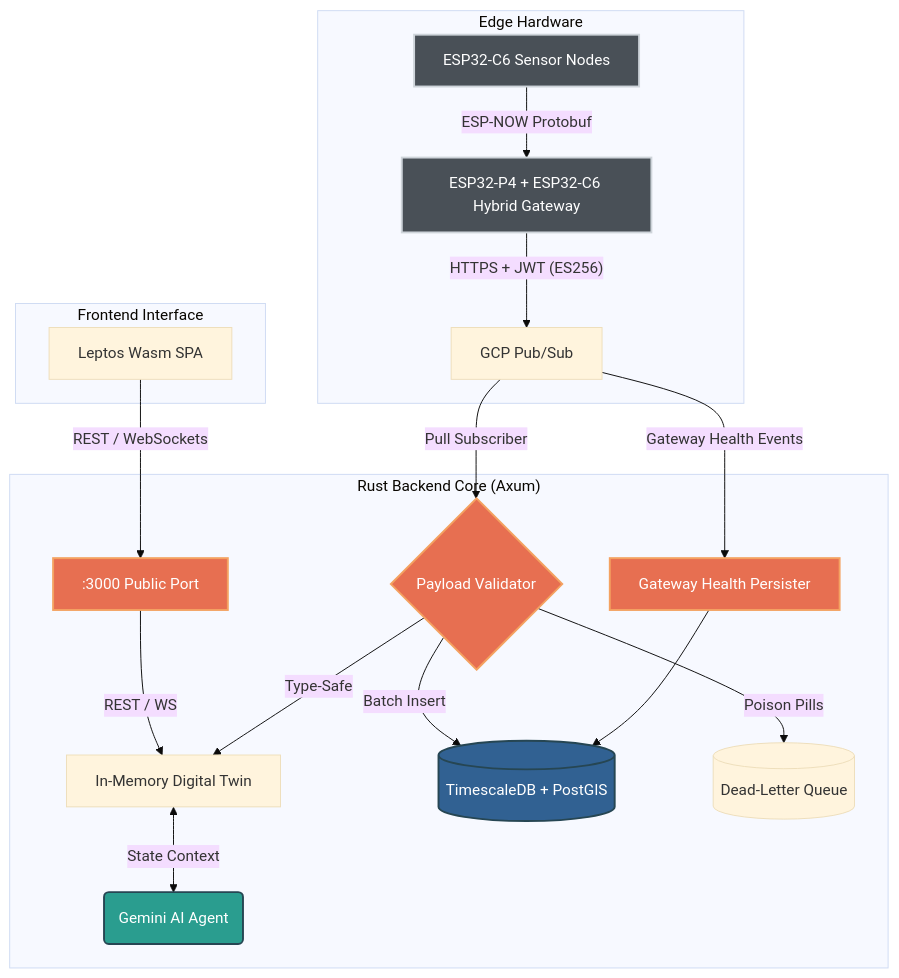
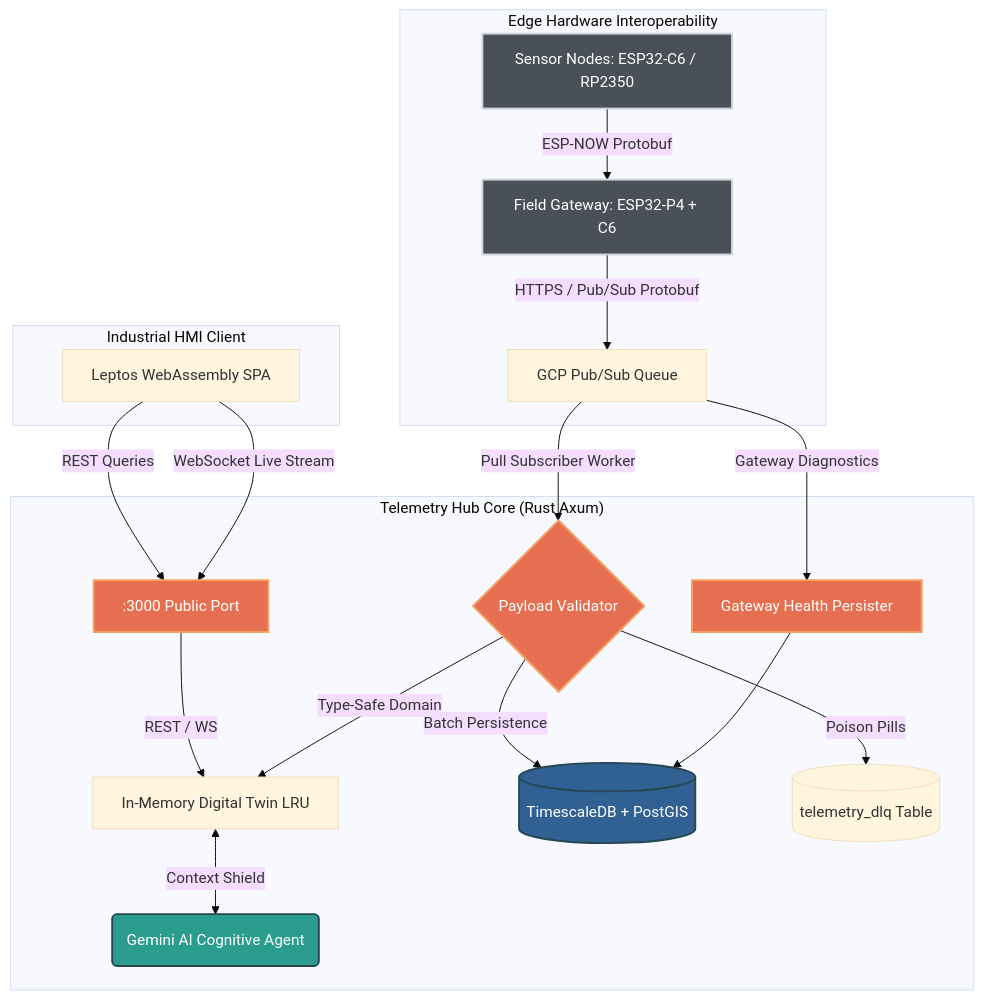
The diagram in README.md (oscar-bio-dev/telemetry-hub), drawn with Mermaid (base theme) before and after one commit. The commit also changed other lines of this file and 6 other files, not shown here.

Commit message:
docs: decouple telemetry-hub identity, add API manual, cliff.toml and dependabot

````diff
--- a/README.md
+++ b/README.md
@@ -23,32 +24,33 @@
 ```mermaid
 graph TD
-    subgraph Edge Hardware
-        A[ESP32-C6 Sensor Nodes] -->|ESP-NOW Protobuf| GW[ESP32-P4 + ESP32-C6 Hybrid Gateway]
-        GW -->|"HTTPS + JWT (ES256)"| PS[GCP Pub/Sub]
+    subgraph Edge Hardware Interoperability
+        A[Sensor Nodes: ESP32-C6 / RP2350] -->|ESP-NOW Protobuf| GW[Field Gateway: ESP32-P4 + C6]
+        GW -->|"HTTPS / Pub/Sub Protobuf"| PS[GCP Pub/Sub Queue]
     end
 
-    subgraph "Rust Backend Core (Axum)"
-        B_PUB[":3000 Public Port"] -->|REST / WS| DT[In-Memory Digital Twin]
-        PS -->|"Pull Subscriber"| V{Payload Validator}
-        V -->|Type-Safe| DT
-        V -->|Batch Insert| DB[(TimescaleDB + PostGIS)]
-        V -->|Poison Pills| DLQ[(Dead-Letter Queue)]
-        DT <-->|State Context| AI(Gemini AI Agent)
-        PS -->|"Gateway Health Events"| GH[Gateway Health Persister]
+    subgraph "Telemetry Hub Core (Rust Axum)"
+        B_PUB[":3000 Public Port"] -->|REST / WS| DT[In-Memory Digital Twin LRU]
+        PS -->|"Pull Subscriber Worker"| V{Payload Validator}
+        V -->|Type-Safe Domain| DT
+        V -->|Batch Persistence| DB[(TimescaleDB + PostGIS)]
+        V -->|Poison Pills| DLQ[(telemetry_dlq Table)]
+        DT <-->|Context Shield| AI(Gemini AI Cognitive Agent)
+        PS -->|"Gateway Diagnostics"| GH[Gateway Health Persister]
         GH --> DB
     end
 
-    subgraph Frontend Interface
-        F[Leptos Wasm SPA] -->|REST / WebSockets| B_PUB
+    subgraph Industrial HMI Client
+        F[Leptos WebAssembly SPA] -->|REST Queries| B_PUB
+        F -->|WebSocket Live Stream| B_PUB
     end
 
     classDef hardware fill:#495057,stroke:#ced4da,stroke-width:2px,color:#fff;
     classDef rust fill:#e76f51,stroke:#f4a261,stroke-width:2px,color:#fff;
     classDef ai fill:#2a9d8f,stroke:#264653,stroke-width:2px,color:#fff;
     classDef db fill:#316192,stroke:#264653,stroke-width:2px,color:#fff;
 
     class A,GW hardware;
     class B_PUB,V,GH rust;
     class AI ai;
     class DB db;
 ```
````
